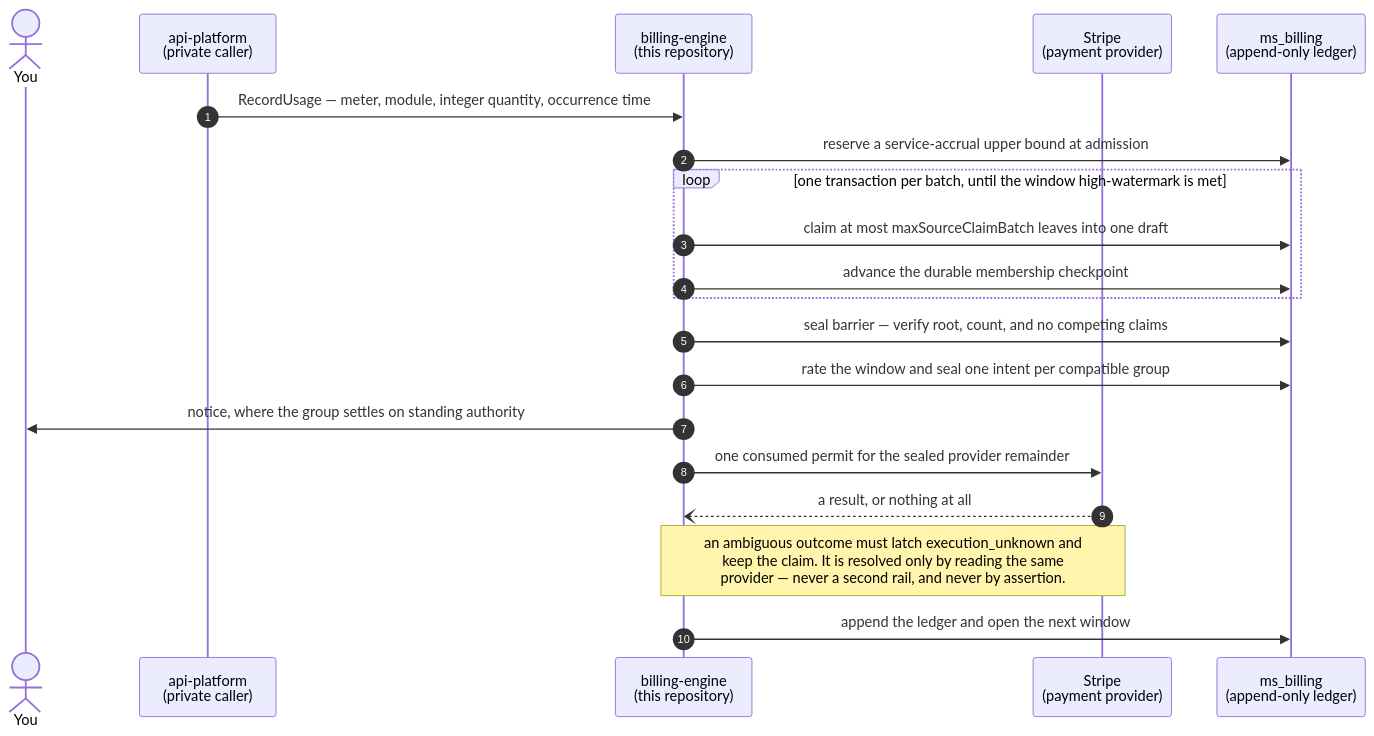
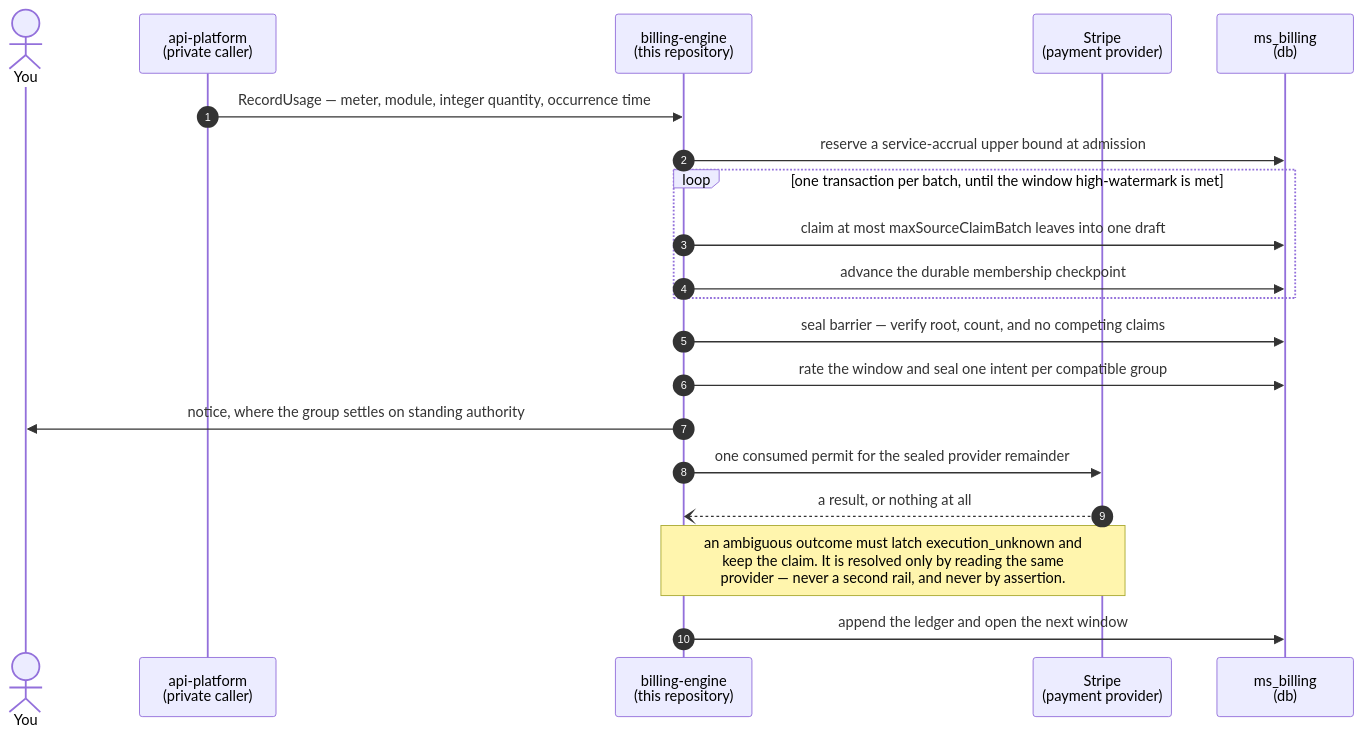
Before and after one commit to mirrorstack-ai/billing-engine: the sixth of 6 diagrams in README.md, drawn with Mermaid. The commit also changed other lines of this file and 1 other file, not shown here.

First line of the commit message:
docs: correct the flow diagrams — web-account, the consent edge, ms_billing

````diff
--- a/README.md
+++ b/README.md
@@ -361,27 +387,27 @@
 ```mermaid
 sequenceDiagram
     autonumber
     actor You
     participant AP as api-platform<br/>(private caller)
     participant Engine as billing-engine<br/>(this repository)
     participant Stripe as Stripe<br/>(payment provider)
-    participant DB as ms_billing<br/>(append-only ledger)
+    participant DB as ms_billing<br/>(db)
 
     AP->>Engine: RecordUsage — meter, module, integer quantity, occurrence time
     Engine->>DB: reserve a service-accrual upper bound at admission
 
     loop one transaction per batch, until the window high-watermark is met
         Engine->>DB: claim at most maxSourceClaimBatch leaves into one draft
         Engine->>DB: advance the durable membership checkpoint
     end
 
     Engine->>DB: seal barrier — verify root, count, and no competing claims
     Engine->>DB: rate the window and seal one intent per compatible group
     Engine->>You: notice, where the group settles on standing authority
     Engine->>Stripe: one consumed permit for the sealed provider remainder
     Stripe--)Engine: a result, or nothing at all
 
     Note over Engine,Stripe: an ambiguous outcome must latch execution_unknown and<br/>keep the claim. It is resolved only by reading the same<br/>provider — never a second rail, and never by assertion.
 
     Engine->>DB: append the ledger and open the next window
 ```
````
